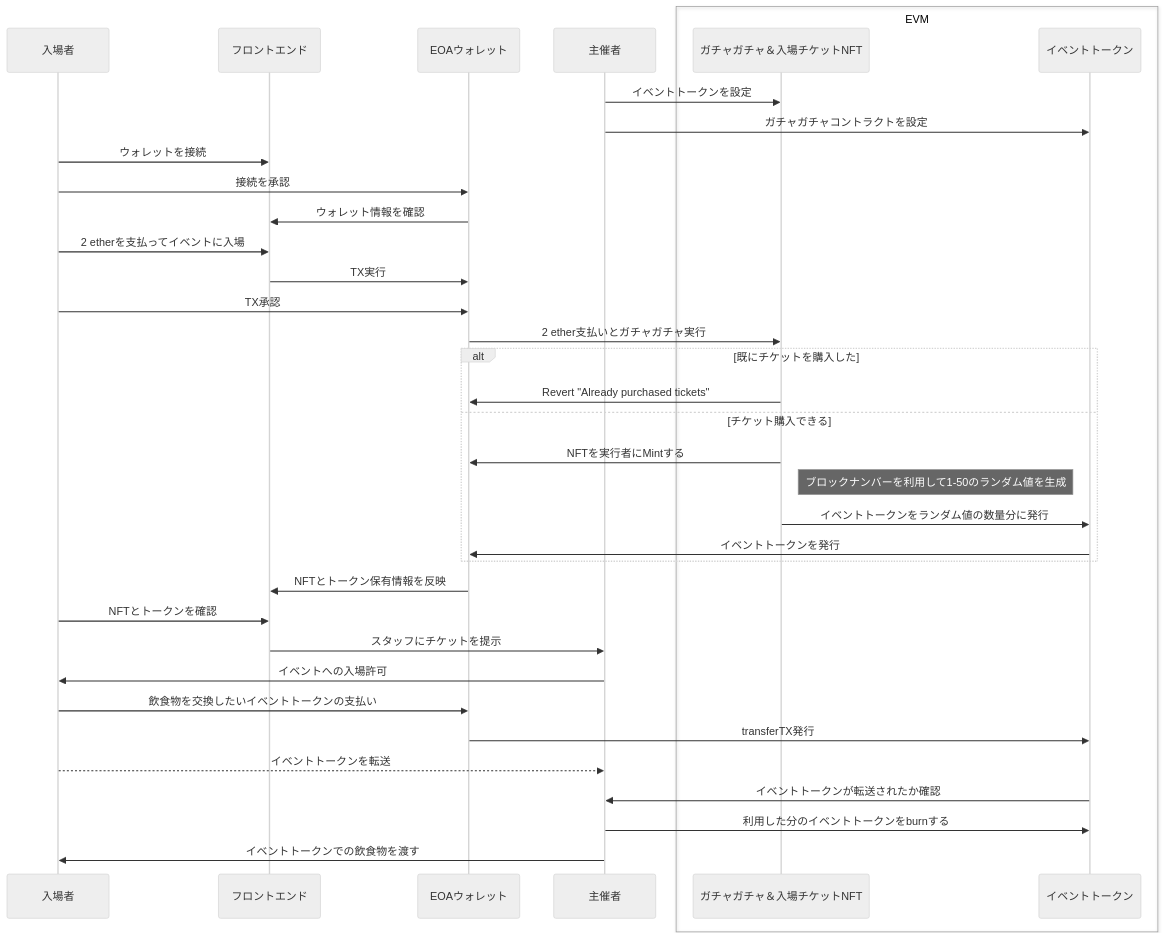
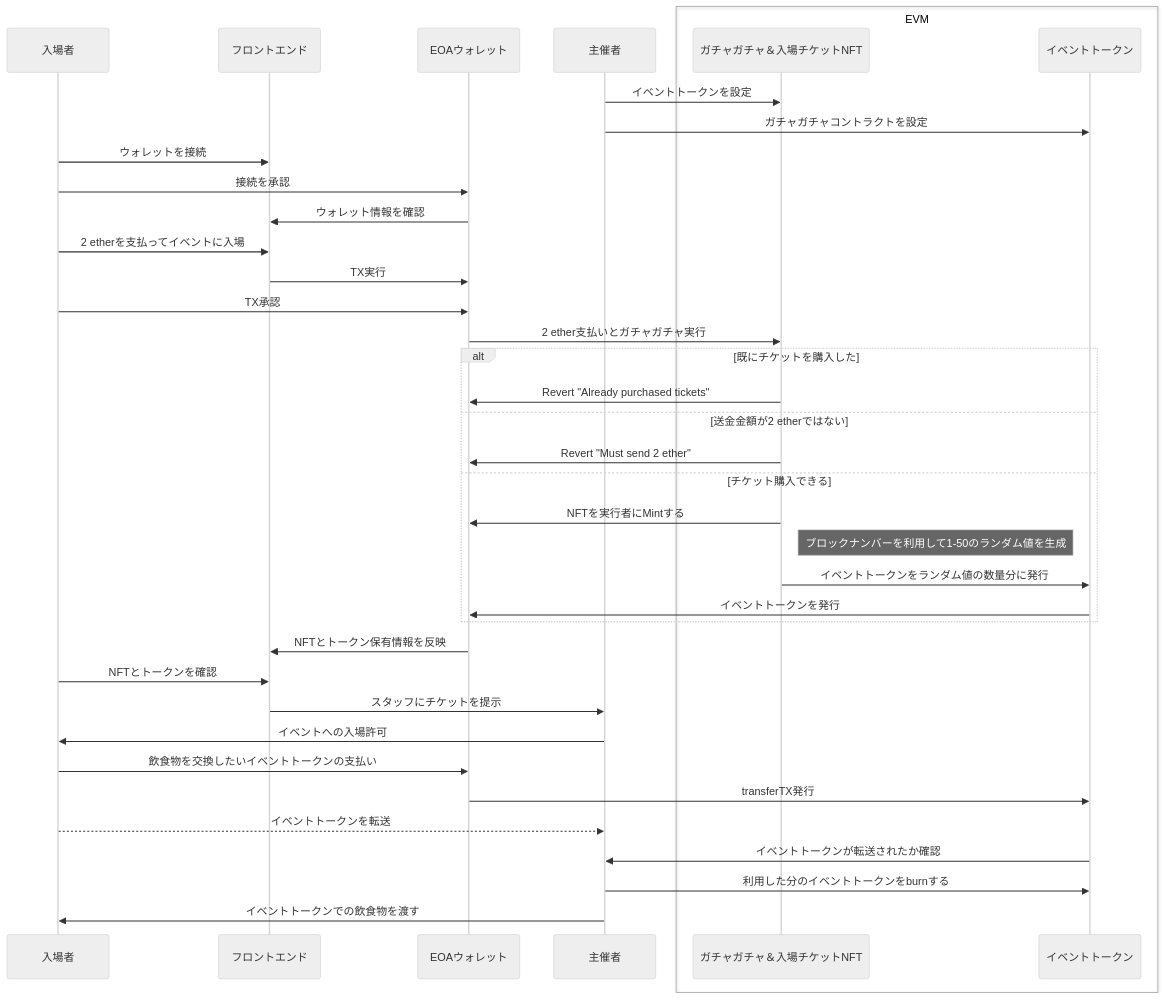
Before and after one commit to naizo01/gacha-sol: the diagram in doc/Sequence.md, drawn with Mermaid (neutral theme).

Commit message:
実装に合わせて例外パターンをシーケンス図に追加

````diff
--- a/doc/Sequence.md
+++ b/doc/Sequence.md
@@ -3,41 +3,43 @@
 ```mermaid
 sequenceDiagram
 
 participant P as 入場者
 participant F as フロントエンド
 participant EOA as EOAウォレット
 participant U as 主催者
 box EVM
   participant G as ガチャガチャ＆入場チケットNFT
   participant T as イベントトークン
 end
 
 U->>G: イベントトークンを設定
 U->>T: ガチャガチャコントラクトを設定
 P->>F: ウォレットを接続
 P->>EOA: 接続を承認
 EOA->>F: ウォレット情報を確認
 P->>F: 2 etherを支払ってイベントに入場
 F->>EOA: TX実行
 P->>EOA: TX承認
 EOA->>G: 2 ether支払いとガチャガチャ実行
 alt 既にチケットを購入した
   G->>EOA: Revert "Already purchased tickets"
+else 送金金額が2 etherではない
+  G->>EOA: Revert "Must send 2 ether"
 else チケット購入できる
   G->>EOA: NFTを実行者にMintする
   Note right of G: ブロックナンバーを利用して1-50のランダム値を生成
   G->>T: イベントトークンをランダム値の数量分に発行
   T->>EOA: イベントトークンを発行
 end
 EOA->>F: NFTとトークン保有情報を反映
 P->>F: NFTとトークンを確認
 F->>U: スタッフにチケットを提示
 U->>P: イベントへの入場許可
 P->>EOA: 飲食物を交換したいイベントトークンの支払い
 EOA->>T: transferTX発行
 P-->>U: イベントトークンを転送
 T->>U: イベントトークンが転送されたか確認
 U->>T: 利用した分のイベントトークンをburnする
 U->>P: イベントトークンでの飲食物を渡す
 
 ```
````
